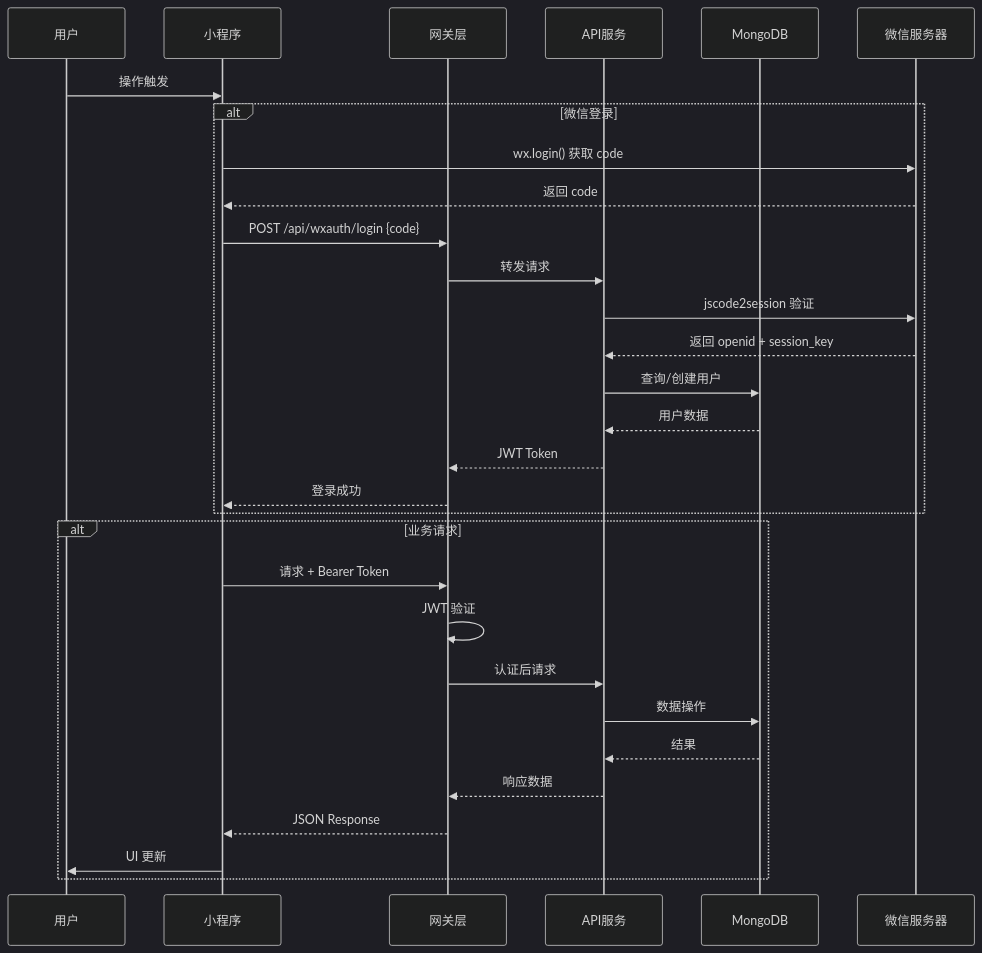
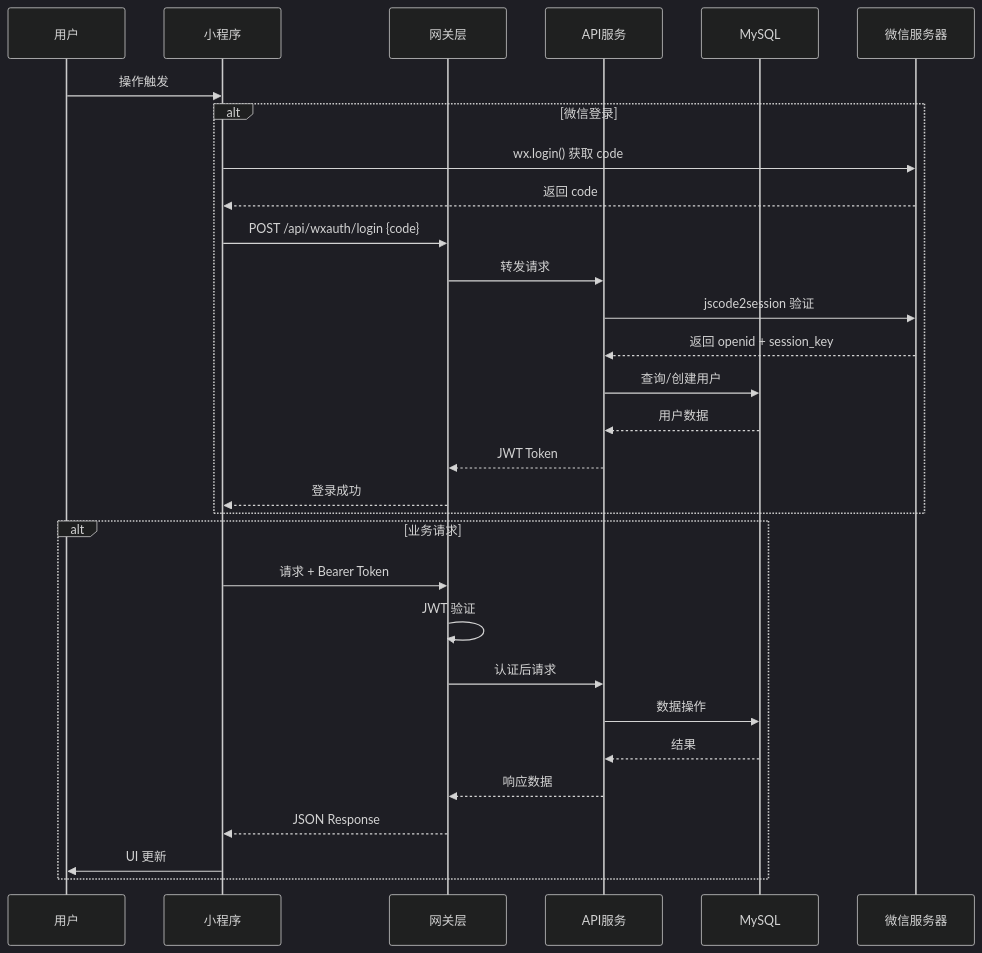
The second of 18 diagrams in docs/architecture.md (kindule/tinyhabits), drawn with Mermaid (dark theme) before and after one commit. The commit also changed other lines of this file and 10 other files, not shown here.

Commit message:
refactor: migrate from MongoDB to MySQL and update related configurations

````diff
--- a/docs/architecture.md
+++ b/docs/architecture.md
@@ -140,35 +140,35 @@
 ```mermaid
 sequenceDiagram
     participant U as 用户
     participant MP as 小程序
     participant GW as 网关层
     participant API as API服务
-    participant DB as MongoDB
+    participant DB as MySQL
     participant WX as 微信服务器
 
     U->>MP: 操作触发
 
     alt 微信登录
         MP->>WX: wx.login() 获取 code
         WX-->>MP: 返回 code
         MP->>GW: POST /api/wxauth/login {code}
         GW->>API: 转发请求
         API->>WX: jscode2session 验证
         WX-->>API: 返回 openid + session_key
         API->>DB: 查询/创建用户
         DB-->>API: 用户数据
         API-->>GW: JWT Token
         GW-->>MP: 登录成功
     end
 
     alt 业务请求
         MP->>GW: 请求 + Bearer Token
         GW->>GW: JWT 验证
         GW->>API: 认证后请求
         API->>DB: 数据操作
         DB-->>API: 结果
         API-->>GW: 响应数据
         GW-->>MP: JSON Response
         MP->>U: UI 更新
     end
 ```
````
